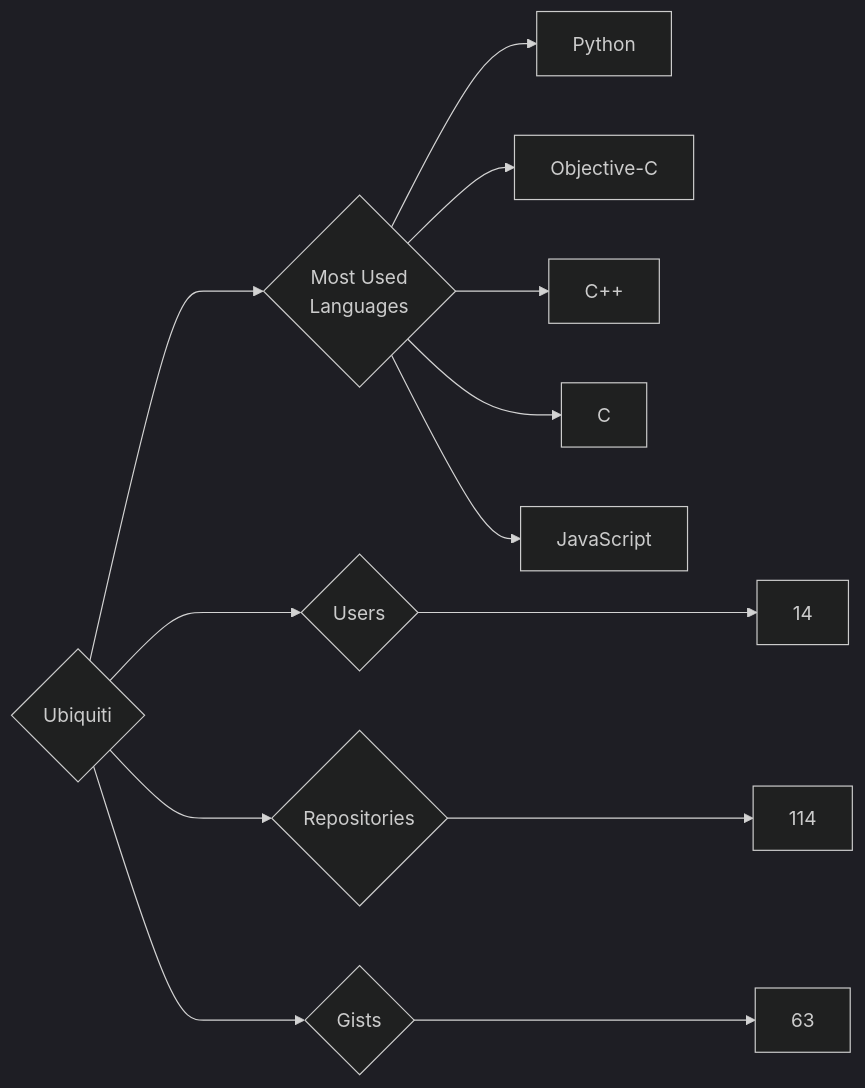
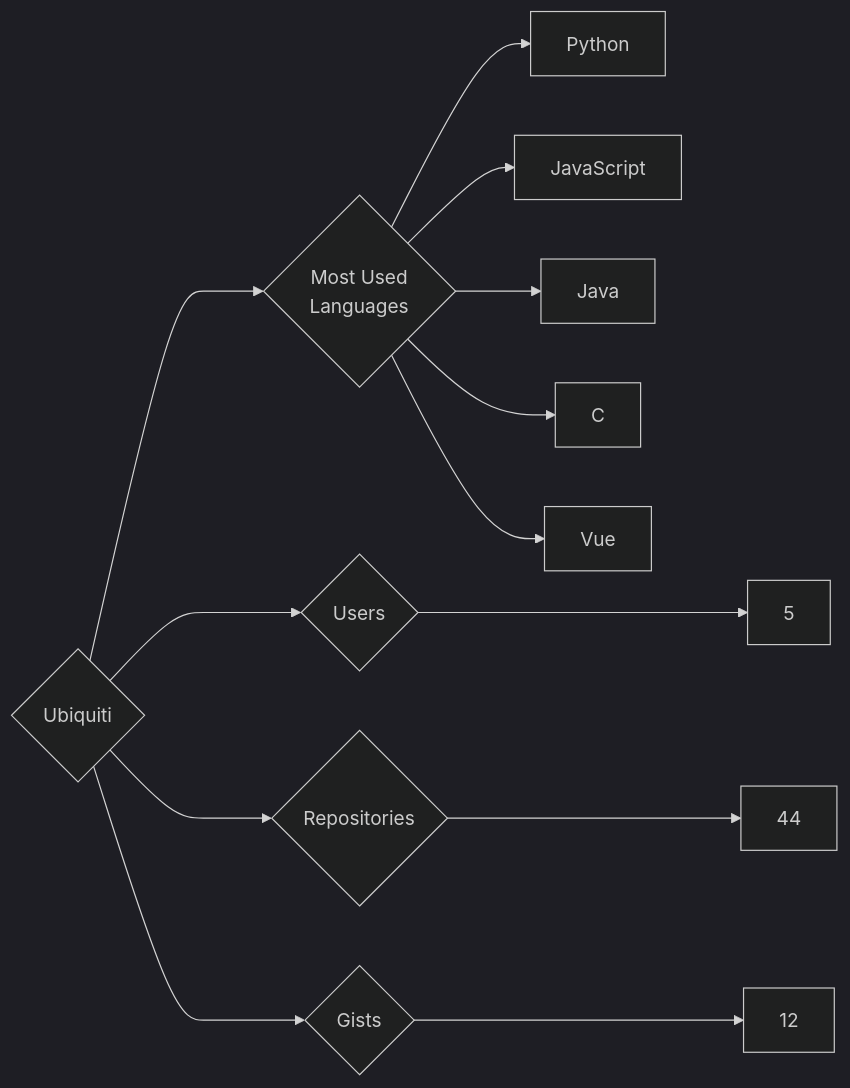
The diagram in targets/Ubiquiti/README.md (trickest/insiders), drawn with Mermaid (dark theme) before and after one commit. The commit also changed 948 other files, not shown here.

````diff
--- a/targets/Ubiquiti/README.md
+++ b/targets/Ubiquiti/README.md
@@ -3,13 +3,13 @@
 ```mermaid
 graph LR
 COMPANY_NAME{Ubiquiti}
-COMPANY_NAME ---> U{Users} ---> UN[14]
-COMPANY_NAME ---> R{Repositories} ---> RN[114]
-COMPANY_NAME ---> G{Gists} ---> GN[63]
+COMPANY_NAME ---> U{Users} ---> UN[5]
+COMPANY_NAME ---> R{Repositories} ---> RN[44]
+COMPANY_NAME ---> G{Gists} ---> GN[12]
 COMPANY_NAME ---> ML{Most Used<br>Languages}
 ML --> Python[Python]
-ML --> Objective-C[Objective-C]
-ML --> C++[C++]
+ML --> JavaScript[JavaScript]
+ML --> Java[Java]
 ML --> C[C]
-ML --> JavaScript[JavaScript]
+ML --> Vue[Vue]
 ```
````
